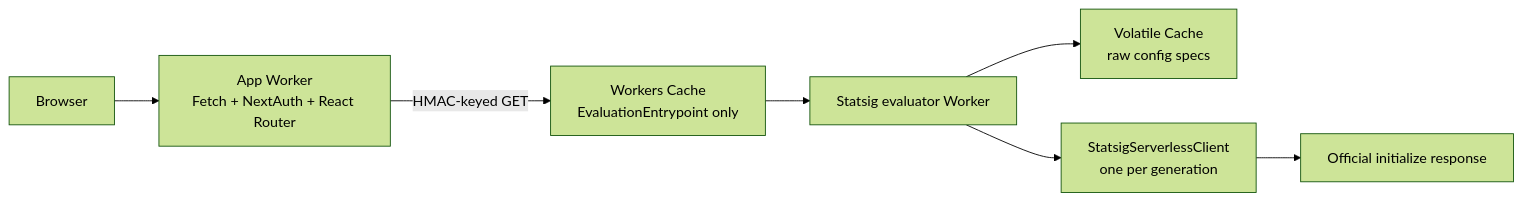
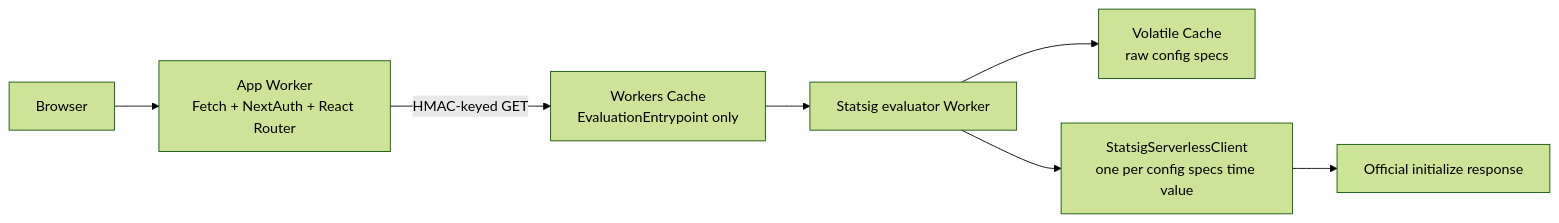
The diagram in README.md (irvinebroque/reference-example-kitchen-sink), drawn with Mermaid (forest theme) before and after one commit. The commit also changed other lines of this file and 19 other files, not shown here.

Commit message:
Align Statsig naming with config specs

````diff
--- a/README.md
+++ b/README.md
@@ -37,9 +37,9 @@
 ```mermaid
 flowchart LR
     Browser --> App["App Worker\nFetch + NextAuth + React Router"]
     App -->|"HMAC-keyed GET"| Cache["Workers Cache\nEvaluationEntrypoint only"]
     Cache --> Evaluator["Statsig evaluator Worker"]
     Evaluator --> Volatile["Volatile Cache\nraw config specs"]
-    Evaluator --> SDK["StatsigServerlessClient\none per generation"]
+    Evaluator --> SDK["StatsigServerlessClient\none per config specs time value"]
     SDK --> Bootstrap["Official initialize response"]
 ```
````
